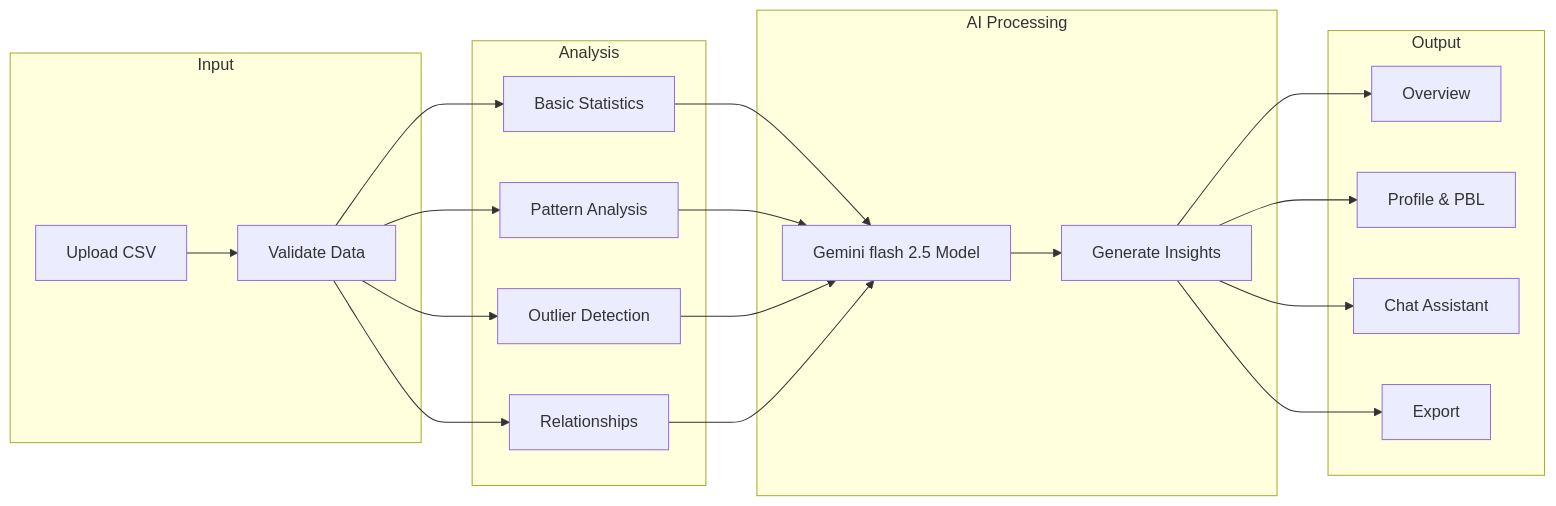
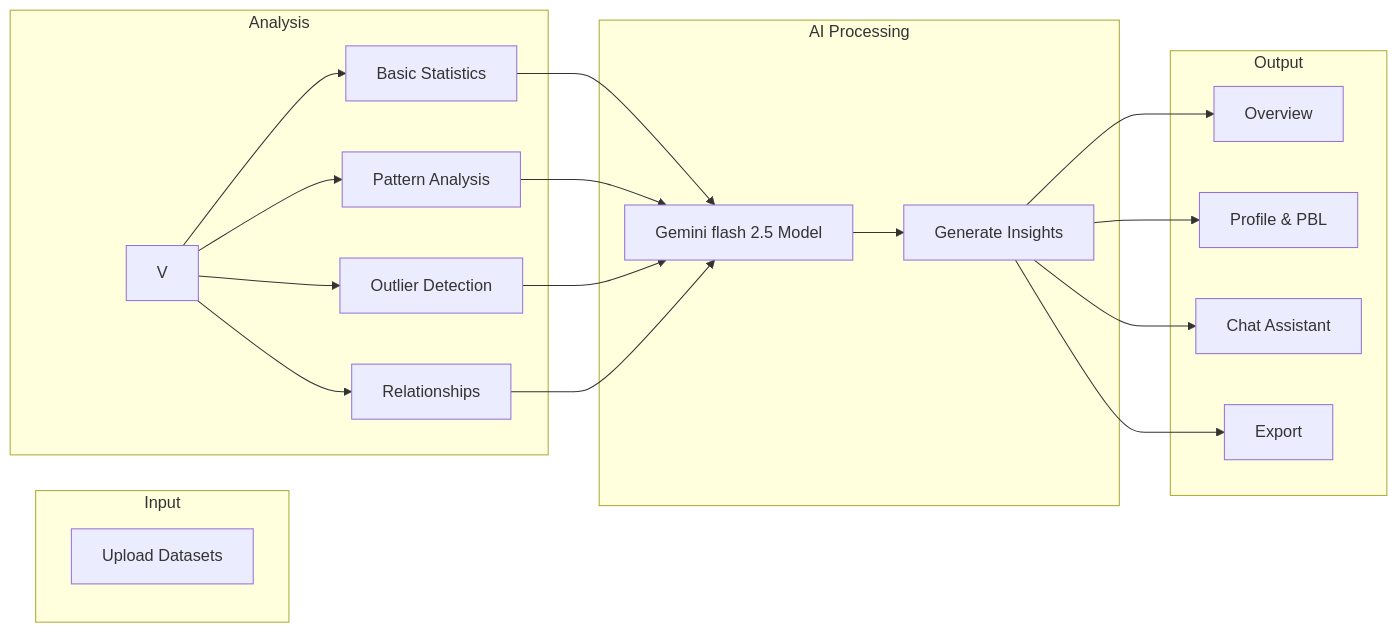
The third of 11 diagrams in presentation.md (nishant14763/datalens), drawn with Mermaid before and after one commit.

````diff
--- a/presentation.md
+++ b/presentation.md
@@ -53,28 +53,28 @@
 ```mermaid
 graph LR
     subgraph Input
-        U[Upload CSV] --> V[Validate Data]
+        U[Upload Datasets]
     end
     
     subgraph Analysis
         V --> B[Basic Statistics]
         V --> P[Pattern Analysis]
         V --> O[Outlier Detection]
         V --> R[Relationships]
     end
     
     subgraph AI Processing
         B --> AI[Gemini flash 2.5 Model]
         P --> AI
         O --> AI
         R --> AI
         AI --> I[Generate Insights]
     end
     
     subgraph Output
         I --> VIZ[Overview]
         I --> S[Profile & PBL]
         I --> BL[Chat Assistant]
         I --> EX[Export]
     end
 ```
````
